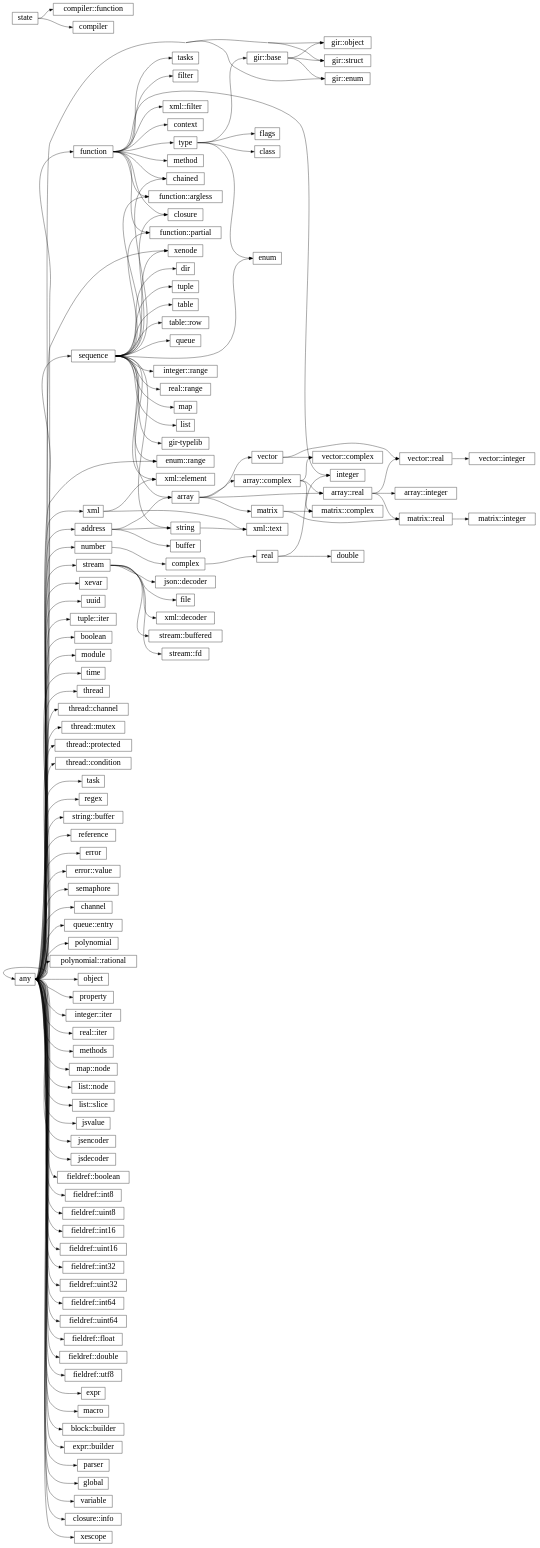
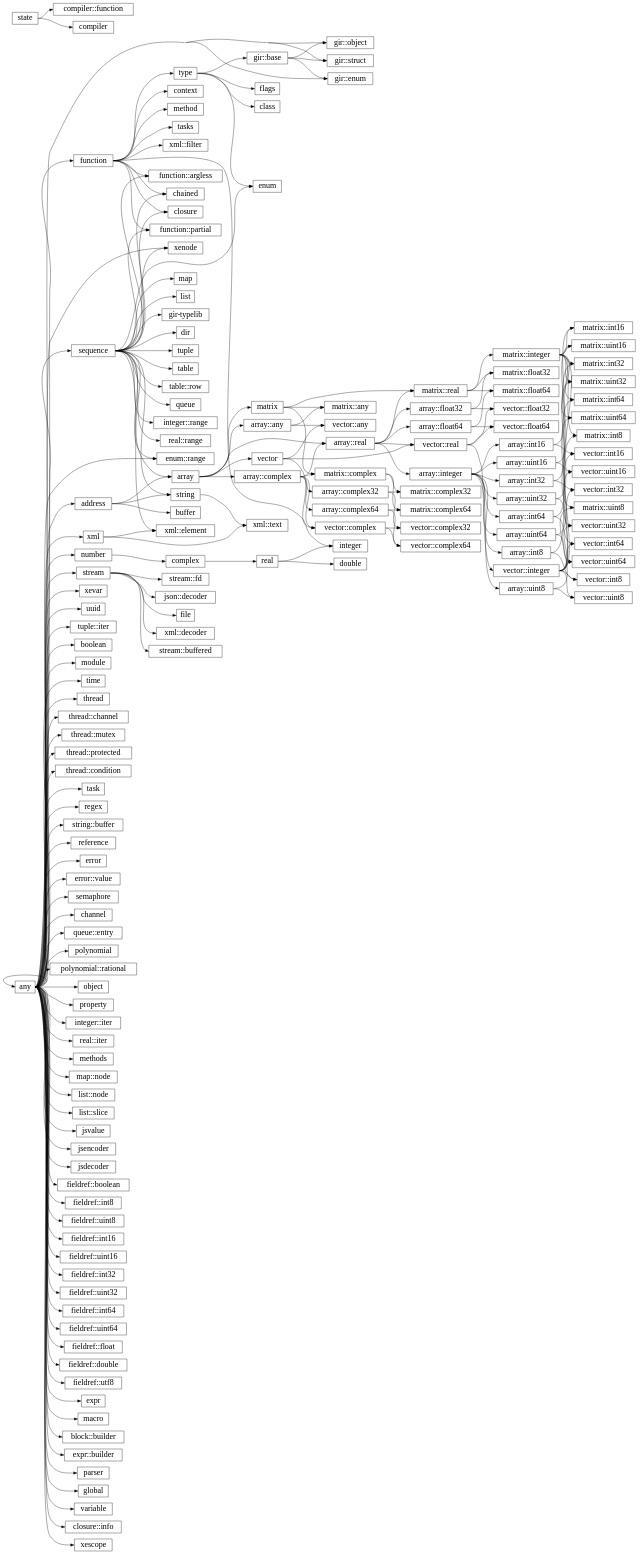
The diagram in docs/library/hierarchy.rst (wrapl/minilang), drawn with Graphviz before and after one commit. The commit also changed 32 other files, not shown here.

```diff
--- a/docs/library/hierarchy.rst
+++ b/docs/library/hierarchy.rst
@@ -54,7 +54,6 @@
       "any":e -> "stream":w;
       "stream":e -> "stream::buffered":w;
       "stream":e -> "stream::fd":w;
-      "function":e -> "filter":w;
       "function":e -> "chained":w;
       "sequence":e -> "chained":w;
       "function":e -> "context":w;
@@ -149,6 +148,71 @@
       "array::real":e -> "matrix::real":w;
       "matrix":e -> "matrix::real":w;
       "matrix::real":e -> "matrix::integer":w;
+      "array::integer":e -> "array::int8":w;
+      "vector::integer":e -> "vector::int8":w;
+      "array::int8":e -> "vector::int8":w;
+      "matrix::integer":e -> "matrix::int8":w;
+      "array::int8":e -> "matrix::int8":w;
+      "array::integer":e -> "array::uint8":w;
+      "vector::integer":e -> "vector::uint8":w;
+      "array::uint8":e -> "vector::uint8":w;
+      "matrix::integer":e -> "matrix::uint8":w;
+      "array::uint8":e -> "matrix::uint8":w;
+      "array::integer":e -> "array::int16":w;
+      "vector::integer":e -> "vector::int16":w;
+      "array::int16":e -> "vector::int16":w;
+      "matrix::integer":e -> "matrix::int16":w;
+      "array::int16":e -> "matrix::int16":w;
+      "array::integer":e -> "array::uint16":w;
+      "vector::integer":e -> "vector::uint16":w;
+      "array::uint16":e -> "vector::uint16":w;
+      "matrix::integer":e -> "matrix::uint16":w;
+      "array::uint16":e -> "matrix::uint16":w;
+      "array::integer":e -> "array::int32":w;
+      "vector::integer":e -> "vector::int32":w;
+      "array::int32":e -> "vector::int32":w;
+      "matrix::integer":e -> "matrix::int32":w;
+      "array::int32":e -> "matrix::int32":w;
+      "array::integer":e -> "array::uint32":w;
+      "vector::integer":e -> "vector::uint32":w;
+      "array::uint32":e -> "vector::uint32":w;
+      "matrix::integer":e -> "matrix::uint32":w;
+      "array::uint32":e -> "matrix::uint32":w;
+      "array::integer":e -> "array::int64":w;
+      "vector::integer":e -> "vector::int64":w;
+      "array::int64":e -> "vector::int64":w;
+      "matrix::integer":e -> "matrix::int64":w;
+      "array::int64":e -> "matrix::int64":w;
+      "array::integer":e -> "array::uint64":w;
+      "vector::integer":e -> "vector::uint64":w;
+      "array::uint64":e -> "vector::uint64":w;
+      "matrix::integer":e -> "matrix::uint64":w;
+      "array::uint64":e -> "matrix::uint64":w;
+      "array::real":e -> "array::float32":w;
+      "vector::real":e -> "vector::float32":w;
+      "array::float32":e -> "vector::float32":w;
+      "matrix::real":e -> "matrix::float32":w;
+      "array::float32":e -> "matrix::float32":w;
+      "array::real":e -> "array::float64":w;
+      "vector::real":e -> "vector::float64":w;
+      "array::float64":e -> "vector::float64":w;
+      "matrix::real":e -> "matrix::float64":w;
+      "array::float64":e -> "matrix::float64":w;
+      "array::complex":e -> "array::complex32":w;
+      "vector::complex":e -> "vector::complex32":w;
+      "array::complex32":e -> "vector::complex32":w;
+      "matrix::complex":e -> "matrix::complex32":w;
+      "array::complex32":e -> "matrix::complex32":w;
+      "array::complex":e -> "array::complex64":w;
+      "vector::complex":e -> "vector::complex64":w;
+      "array::complex64":e -> "vector::complex64":w;
+      "matrix::complex":e -> "matrix::complex64":w;
+      "array::complex64":e -> "matrix::complex64":w;
+      "array":e -> "array::any":w;
+      "vector":e -> "vector::any":w;
+      "array::any":e -> "vector::any":w;
+      "matrix":e -> "matrix::any":w;
+      "array::any":e -> "matrix::any":w;
       "any":e -> "xenode":w;
       "any":e -> "xescope":w;
    }
```
